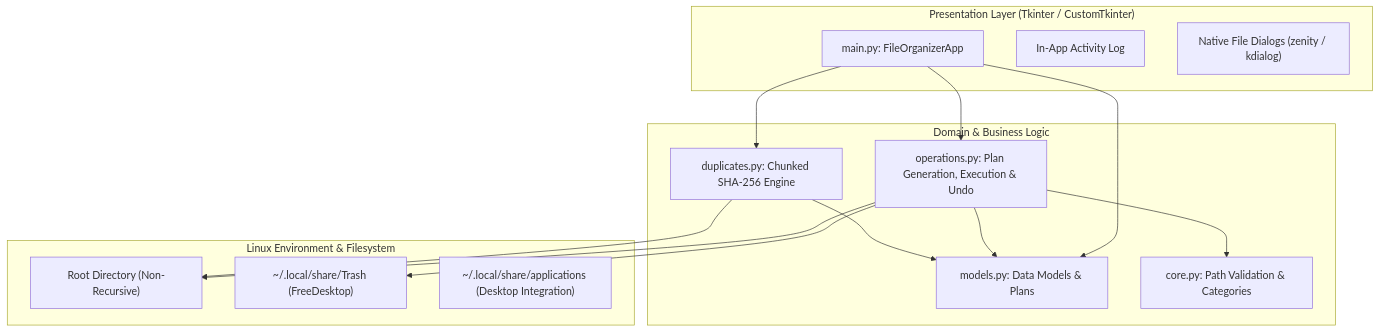
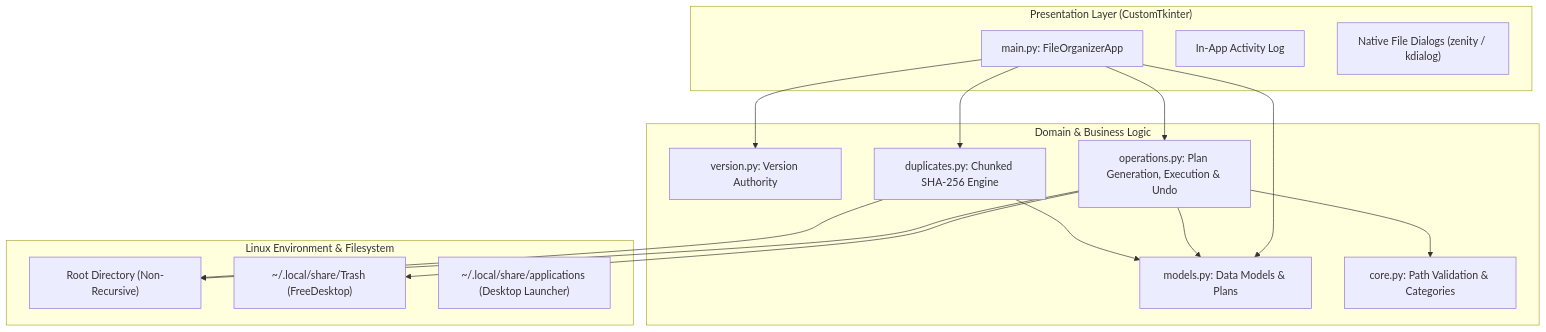
The diagram in README.md (teppe21/File-Suite), drawn with Mermaid before and after one commit. The commit also changed other lines of this file and 14 other files, not shown here.

````diff
--- a/README.md
+++ b/README.md
@@ -48,31 +55,33 @@
 ```mermaid
 graph TD
-    subgraph Presentation ["Presentation Layer (Tkinter / CustomTkinter)"]
+    subgraph Presentation ["Presentation Layer (CustomTkinter)"]
         UI["main.py: FileOrganizerApp"]
         LOG["In-App Activity Log"]
         DLG["Native File Dialogs (zenity / kdialog)"]
     end
 
     subgraph Domain ["Domain & Business Logic"]
+        VER["version.py: Version Authority"]
         MOD["models.py: Data Models & Plans"]
         OPS["operations.py: Plan Generation, Execution & Undo"]
         DUP["duplicates.py: Chunked SHA-256 Engine"]
         CORE["core.py: Path Validation & Categories"]
     end
 
     subgraph Storage ["Linux Environment & Filesystem"]
         FS["Root Directory (Non-Recursive)"]
         TRASH["~/.local/share/Trash (FreeDesktop)"]
-        XDG["~/.local/share/applications (Desktop Integration)"]
+        XDG["~/.local/share/applications (Desktop Launcher)"]
     end
 
     UI --> OPS
     UI --> DUP
     UI --> MOD
+    UI --> VER
     OPS --> MOD
     OPS --> CORE
     DUP --> MOD
     OPS --> FS
     OPS --> TRASH
     DUP --> FS
 ```
````
